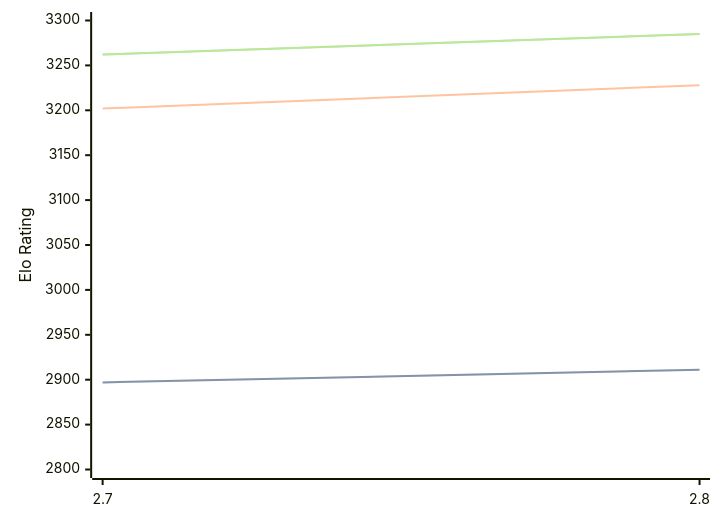
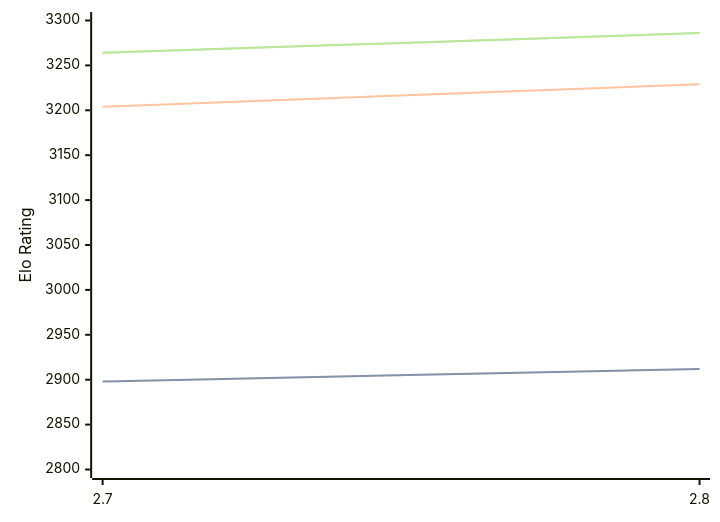
Before and after one commit to computer-chess-index/cci: the diagram in engines/Arcanum.md, drawn with Mermaid. The commit also changed other lines of this file, not shown here.

Commit message:
Update CCI Ratings (ELO VLTC) - 2026-09-01

````diff
--- a/engines/Arcanum.md
+++ b/engines/Arcanum.md
@@ -32,11 +32,11 @@
 ```mermaid
 %%{init: {"theme":"base","themeVariables":{"seriesColors:['#a3a3a3','#222221','#faa371']}}}%%
 xychart-beta
   x-axis ["2.7", "2.8"]
   y-axis "Elo Rating" 2800 --> 3300
-  line "" [2897, 2911]
-  line "STC (8.0+0.08s)" [2897, 2911]
-  line "LTC (60.0+0.60s)" [3202, 3228]
-  line "" [3262, 3285]
-  line "VLTC (2m24s+1.12s)" [3262, 3285]
+  line "" [2898, 2912]
+  line "STC (8.0+0.08s)" [2898, 2912]
+  line "LTC (60.0+0.60s)" [3204, 3229]
+  line "" [3264, 3286]
+  line "VLTC (2m24s+1.12s)" [3264, 3286]
 ```
````
